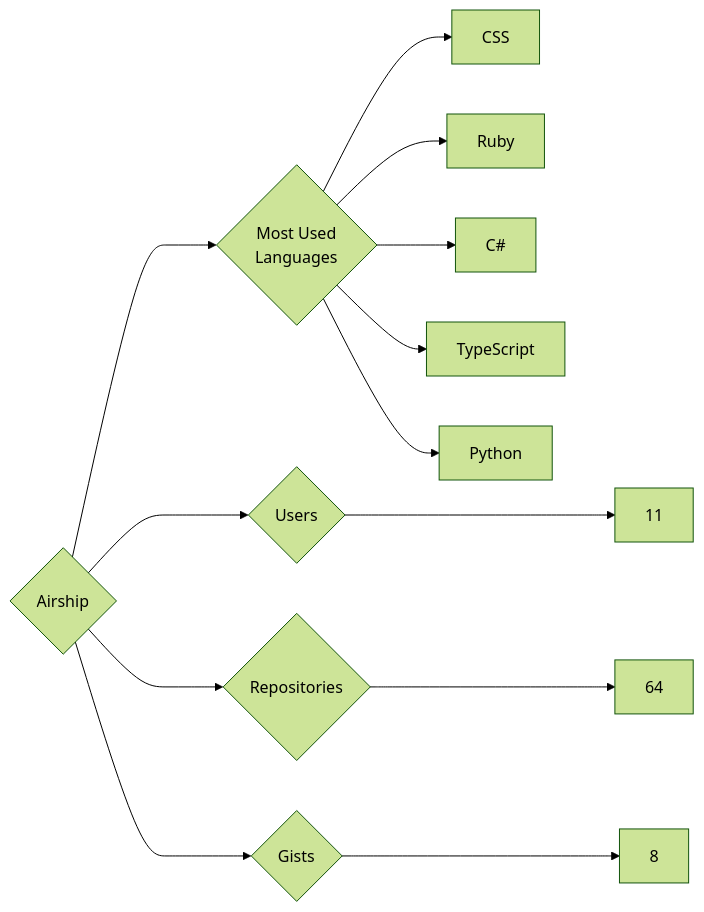
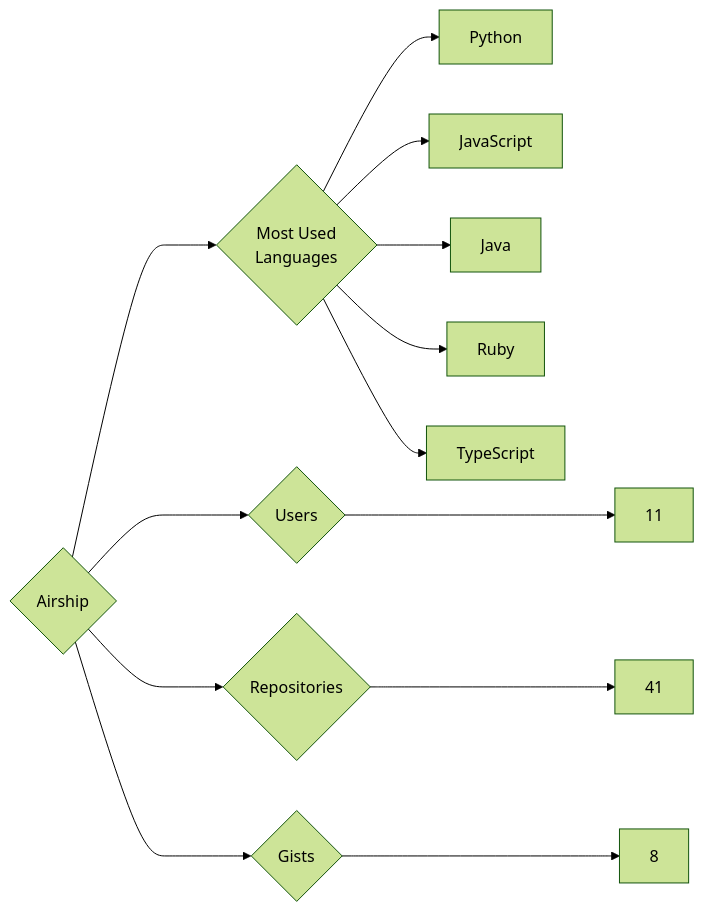
The diagram in targets/Airship/README.md (trickest/insiders), drawn with Mermaid (forest theme) before and after one commit. The commit also changed 837 other files, not shown here.

````diff
--- a/targets/Airship/README.md
+++ b/targets/Airship/README.md
@@ -3,13 +3,13 @@
 ```mermaid
 graph LR
 COMPANY_NAME{Airship}
 COMPANY_NAME ---> U{Users} ---> UN[11]
-COMPANY_NAME ---> R{Repositories} ---> RN[64]
+COMPANY_NAME ---> R{Repositories} ---> RN[41]
 COMPANY_NAME ---> G{Gists} ---> GN[8]
 COMPANY_NAME ---> ML{Most Used<br>Languages}
-ML --> CSS[CSS]
+ML --> Python[Python]
+ML --> JavaScript[JavaScript]
+ML --> Java[Java]
 ML --> Ruby[Ruby]
-ML --> C#[C#]
 ML --> TypeScript[TypeScript]
-ML --> Python[Python]
 ```
````
